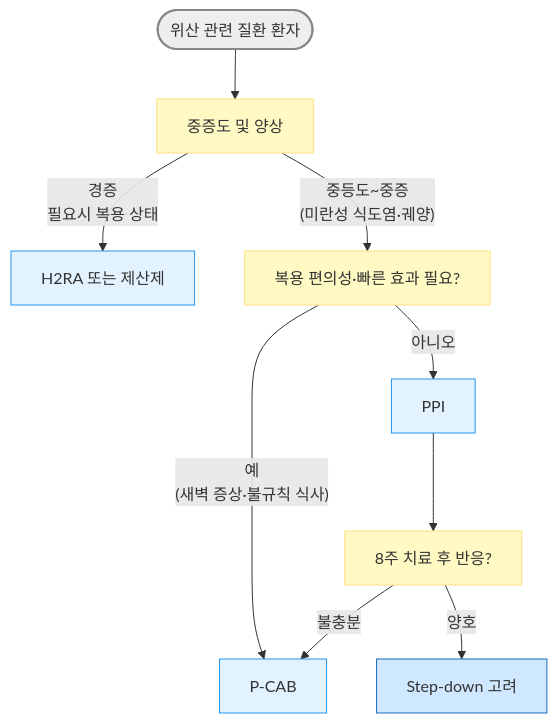
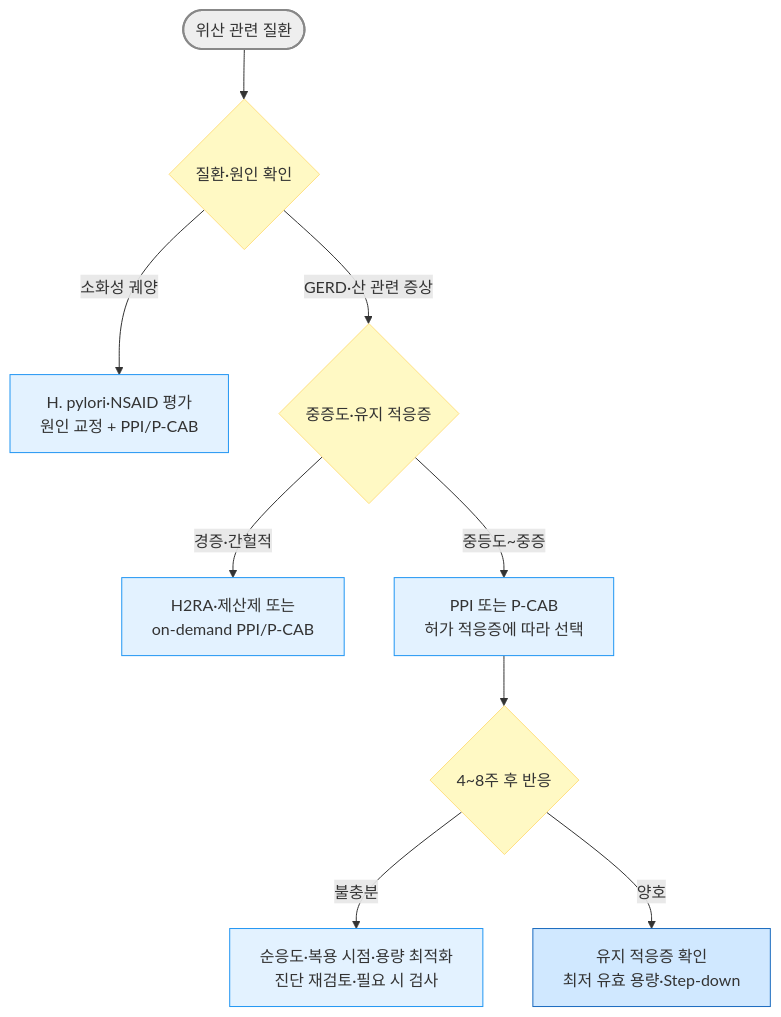
The diagram in 224_/073_-gidrugs.md (familyoh77/familyoh77), drawn with Mermaid before and after one commit. The commit also changed other lines of this file and 15 other files, not shown here.

````diff
--- a/224_/073_-gidrugs.md
+++ b/224_/073_-gidrugs.md
@@ -449,17 +455,17 @@
 ```mermaid
 graph TD
-    A([위산 관련 질환 환자]) --> B[중증도 및 양상]
-    B -- "경증<br/>필요시 복용 상태" --> C[H2RA 또는 제산제]
-    B -- "중등도~중증<br/>(미란성 식도염·궤양)" --> D[복용 편의성·빠른 효과 필요?]
-    D -- "예<br/>(새벽 증상·불규칙 식사)" --> E[P-CAB]
-    D -- "아니오" --> F[PPI]
-    F --> G[8주 치료 후 반응?]
-    G -- "불충분" --> E
-    G -- "양호" --> H[Step-down 고려]
+    A([위산 관련 질환]) --> B{질환·원인 확인}
+    B -- "소화성 궤양" --> P[H. pylori·NSAID 평가<br/>원인 교정 + PPI/P-CAB]
+    B -- "GERD·산 관련 증상" --> C{중증도·유지 적응증}
+    C -- "경증·간헐적" --> D[H2RA·제산제 또는<br/>on-demand PPI/P-CAB]
+    C -- "중등도~중증" --> E[PPI 또는 P-CAB<br/>허가 적응증에 따라 선택]
+    E --> F{4~8주 후 반응}
+    F -- "불충분" --> G[순응도·복용 시점·용량 최적화<br/>진단 재검토·필요 시 검사]
+    F -- "양호" --> H[유지 적응증 확인<br/>최저 유효 용량·Step-down]
 style A fill:#eeeeee,stroke:#888888,stroke-width:2px
 classDef yellow fill:#fff9c4,stroke:#ffe082
-class B,D,G yellow
+class B,C,F yellow
 classDef sky fill:#e3f2ff,stroke:#2196f3
-class C,E,F sky
+class D,E,G,P sky
 style H fill:#d0e8ff,stroke:#1a6abf
 ```
````
